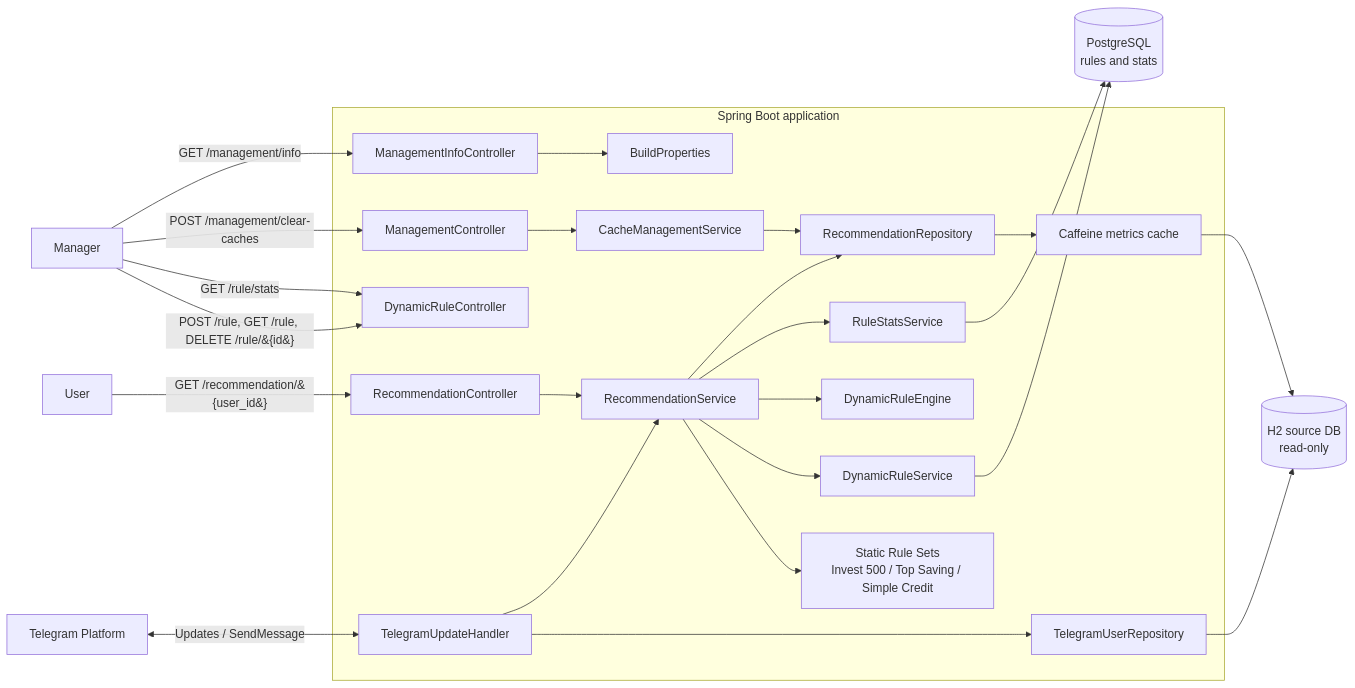
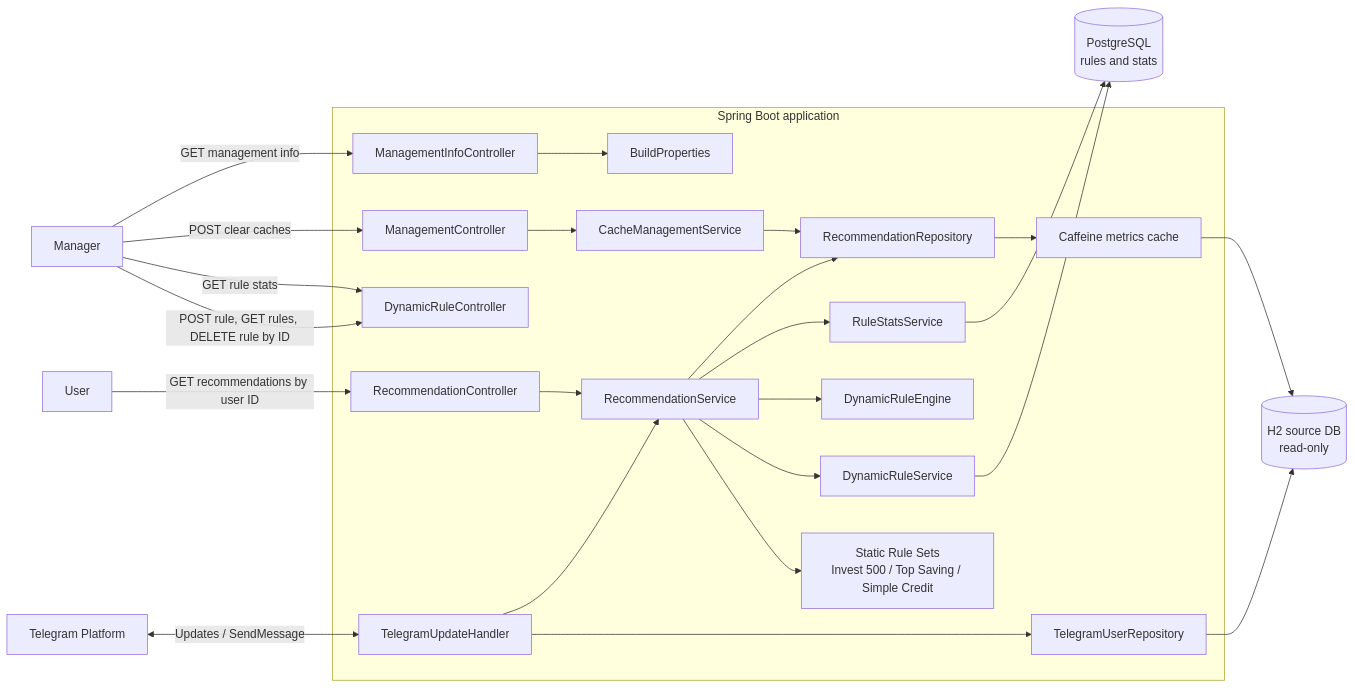
One commit to aaminter/star-bank-recommendation changed the first of 2 diagrams in docs/architecture.md. Above: the diagram before and after it, drawn with Mermaid. The commit also changed other lines of this file, not shown here.

````diff
--- a/docs/architecture.md
+++ b/docs/architecture.md
@@ -9,49 +9,49 @@
 ```mermaid
 flowchart LR
     User[User]
     Manager[Manager]
     TelegramPlatform[Telegram Platform]
-    H2[(H2 source DB\nread-only)]
-    PostgreSQL[(PostgreSQL\nrules and stats)]
+    H2[(H2 source DB<br/>read-only)]
+    PostgreSQL[(PostgreSQL<br/>rules and stats)]
 
     subgraph App[Spring Boot application]
         RC[RecommendationController]
         DC[DynamicRuleController]
         MC[ManagementController]
         IC[ManagementInfoController]
         TH[TelegramUpdateHandler]
         RS[RecommendationService]
-        StaticRules[Static Rule Sets\nInvest 500 / Top Saving / Simple Credit]
+        StaticRules[Static Rule Sets<br/>Invest 500 / Top Saving / Simple Credit]
         DRService[DynamicRuleService]
         Engine[DynamicRuleEngine]
         Stats[RuleStatsService]
         Repo[RecommendationRepository]
         Cache[Caffeine metrics cache]
         UserRepo[TelegramUserRepository]
         CacheAdmin[CacheManagementService]
         BuildInfo[BuildProperties]
     end
 
-    User -->|GET /recommendation/&#123;user_id&#125;| RC
-    Manager -->|POST /rule, GET /rule, DELETE /rule/&#123;id&#125;| DC
-    Manager -->|GET /rule/stats| DC
-    Manager -->|POST /management/clear-caches| MC
-    Manager -->|GET /management/info| IC
+    User -->|GET recommendations by user ID| RC
+    Manager -->|POST rule, GET rules, DELETE rule by ID| DC
+    Manager -->|GET rule stats| DC
+    Manager -->|POST clear caches| MC
+    Manager -->|GET management info| IC
     TelegramPlatform <-->|Updates / SendMessage| TH
     RC --> RS
     TH --> UserRepo
     TH --> RS
     UserRepo --> H2
     RS --> StaticRules
     RS --> DRService
     RS --> Engine
     RS --> Stats
     RS --> Repo
     Repo --> Cache
     Cache --> H2
     DRService --> PostgreSQL
     Stats --> PostgreSQL
     MC --> CacheAdmin
     CacheAdmin --> Repo
     IC --> BuildInfo
 ```
````
